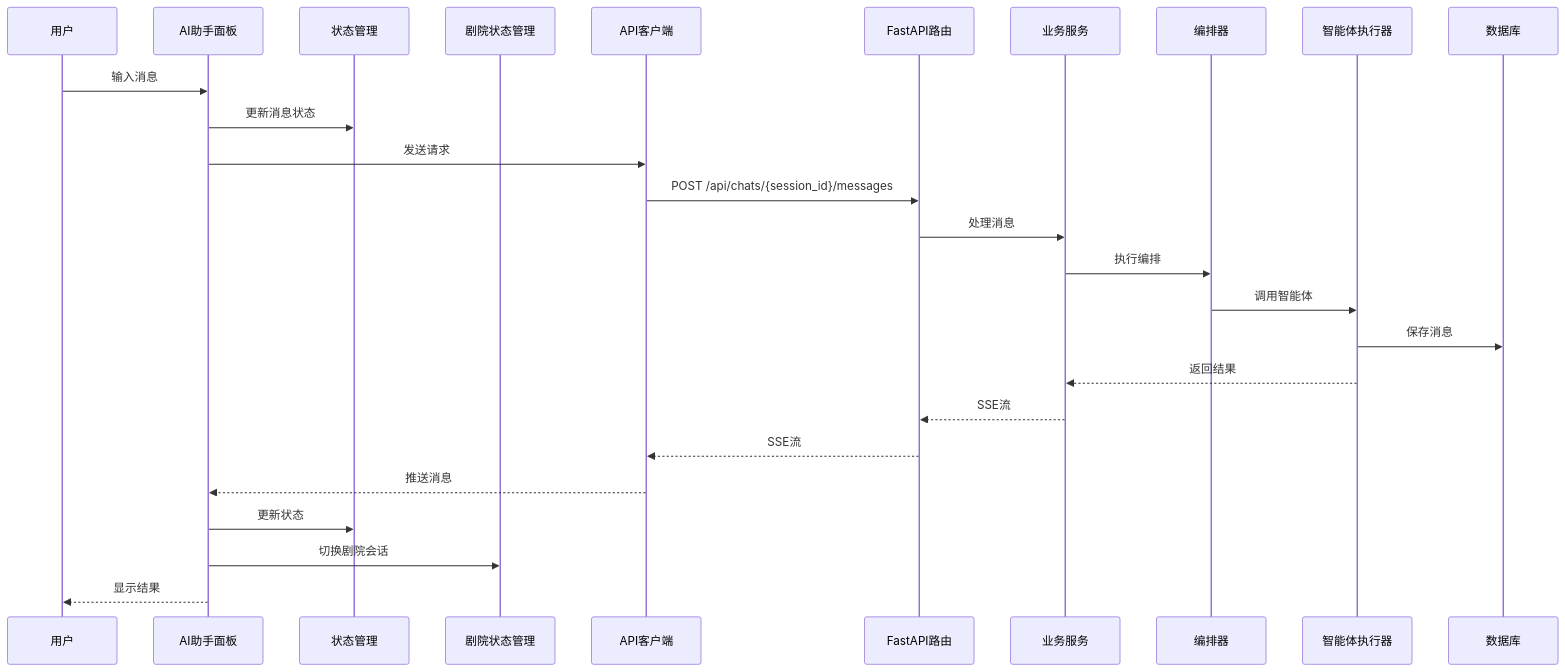
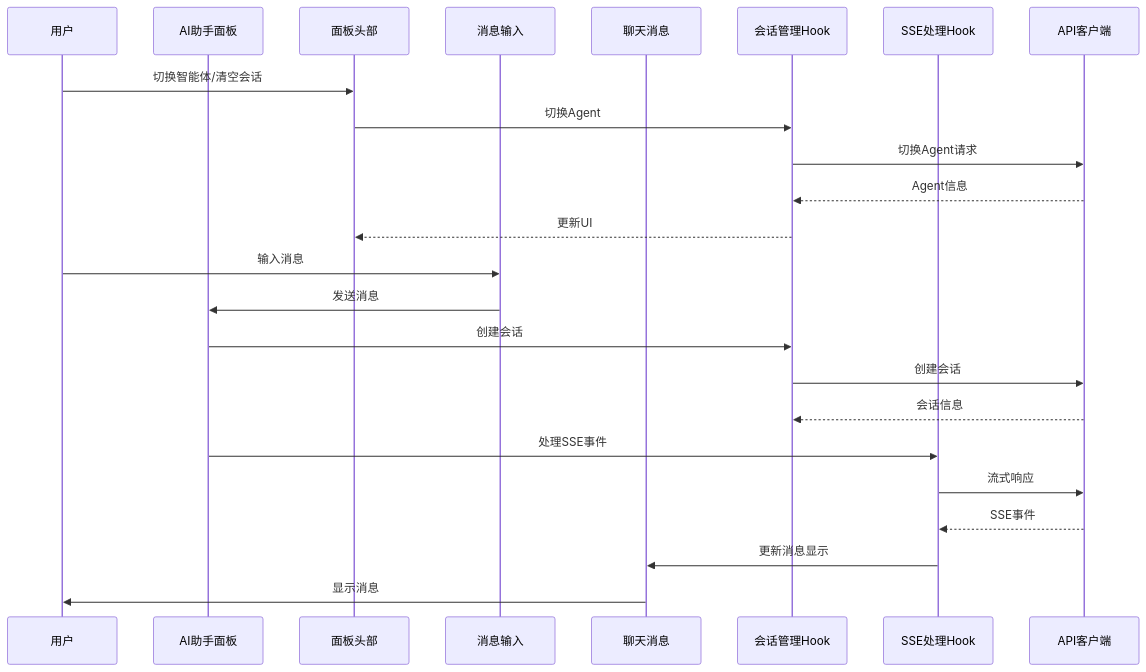
The fourth of 16 diagrams in .qoder/repowiki/zh/content/前端开发指南/AI助手面板增强.md (KunLabAI/KunFlix), drawn with Mermaid before and after one commit. The commit also changed other lines of this file and 12 other files, not shown here.

````diff
--- a/.qoder/repowiki/zh/content/前端开发指南/AI助手面板增强.md
+++ b/.qoder/repowiki/zh/content/前端开发指南/AI助手面板增强.md
@@ -210,28 +223,26 @@
 ```mermaid
 sequenceDiagram
 participant User as 用户
-participant Panel as AI助手面板
-participant Store as 状态管理
-participant TheaterStore as 剧院状态管理
+participant AIAssistantPanel as AI助手面板
+participant PanelHeader as 面板头部
+participant MessageInput as 消息输入
+participant ChatMessage as 聊天消息
+participant useSessionManager as 会话管理Hook
+participant useSSEHandler as SSE处理Hook
 participant API as API客户端
-participant Router as FastAPI路由
-participant Service as 业务服务
-participant Orchestrator as 编排器
-participant Agent as 智能体执行器
-participant DB as 数据库
-User->>Panel : 输入消息
-Panel->>Store : 更新消息状态
-Panel->>API : 发送请求
-API->>Router : POST /api/chats/{session_id}/messages
-Router->>Service : 处理消息
-Service->>Orchestrator : 执行编排
-Orchestrator->>Agent : 调用智能体
-Agent->>DB : 保存消息
-Agent-->>Service : 返回结果
-Service-->>Router : SSE流
-Router-->>API : SSE流
-API-->>Panel : 推送消息
-Panel->>Store : 更新状态
-Panel->>TheaterStore : 切换剧院会话
-Panel-->>User : 显示结果
+User->>PanelHeader : 切换智能体/清空会话
+PanelHeader->>useSessionManager : 切换Agent
+useSessionManager->>API : 切换Agent请求
+API-->>useSessionManager : Agent信息
+useSessionManager-->>PanelHeader : 更新UI
+User->>MessageInput : 输入消息
+MessageInput->>AIAssistantPanel : 发送消息
+AIAssistantPanel->>useSessionManager : 创建会话
+useSessionManager->>API : 创建会话
+API-->>useSessionManager : 会话信息
+AIAssistantPanel->>useSSEHandler : 处理SSE事件
+useSSEHandler->>API : 流式响应
+API-->>useSSEHandler : SSE事件
+useSSEHandler->>ChatMessage : 更新消息显示
+ChatMessage->>User : 显示消息
 ```
````
